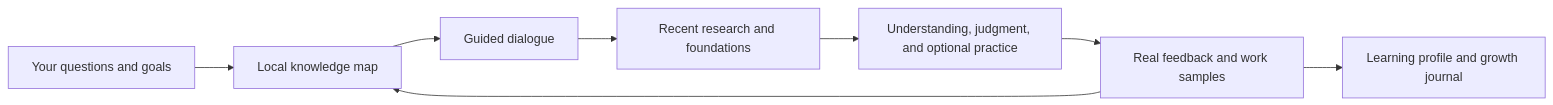
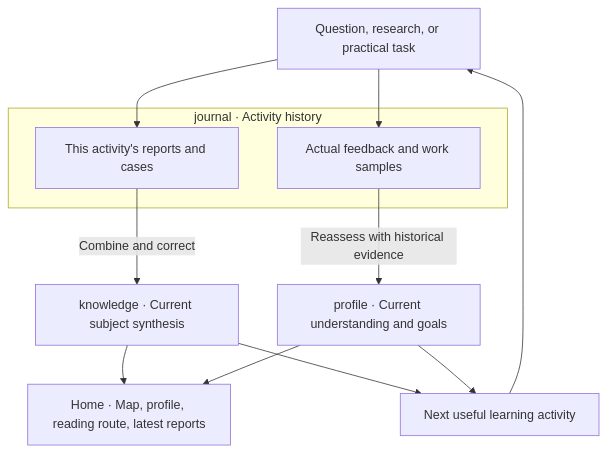
The diagram in README.md (zakerror/cognirings), drawn with Mermaid before and after one commit. The commit also changed other lines of this file and 13 other files, not shown here.

Commit message:
feat: rebuild mentoring archives around knowledge profile and journal

````diff
--- a/README.md
+++ b/README.md
@@ -27,10 +58,21 @@
 ```mermaid
-flowchart LR
-    Q[Your questions and goals] --> M[Local knowledge map]
-    M --> D[Guided dialogue]
-    D --> R[Recent research and foundations]
-    R --> U[Understanding, judgment, and optional practice]
-    U --> F[Real feedback and work samples]
-    F --> M
-    F --> A[Learning profile and growth journal]
+flowchart TB
+    A[Question, research, or practical task]
+    subgraph J[journal · Activity history]
+        R[This activity's reports and cases]
+        F[Actual feedback and work samples]
+    end
+    K[knowledge · Current subject synthesis]
+    P[profile · Current understanding and goals]
+    H[Home · Map, profile, reading route, latest reports]
+    N[Next useful learning activity]
+    A --> R
+    A --> F
+    R -->|Combine and correct| K
+    F -->|Reassess with historical evidence| P
+    K --> H
+    P --> H
+    K --> N
+    P --> N
+    N --> A
 ```
````
